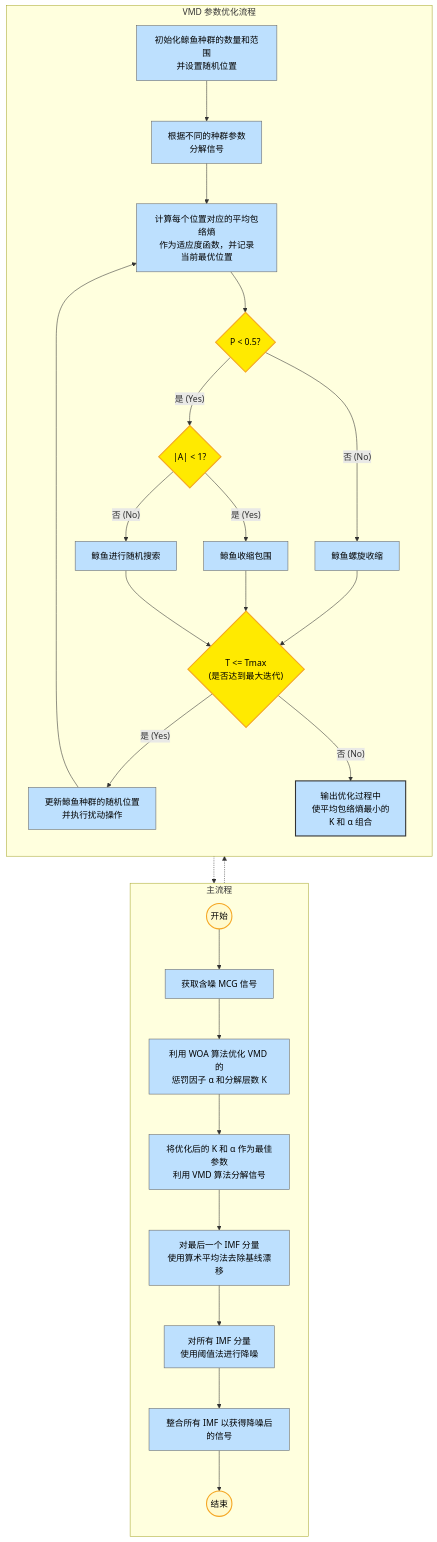
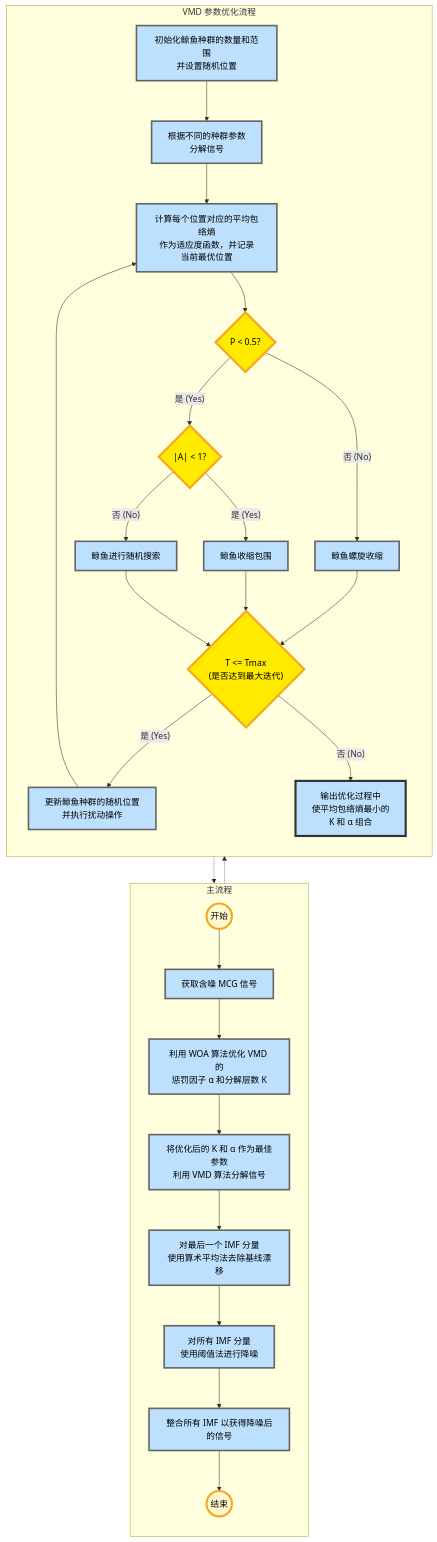
The diagram in README.md (songxinudt/test), drawn with Mermaid before and after one commit.

Commit message:
Update Mermaid diagram styles in README.md

````diff
--- a/README.md
+++ b/README.md
@@ -1,76 +1,76 @@
 ```mermaid
 graph TD
     %% 定义样式
-    classDef process fill:#bde0fe,stroke:#666,stroke-width:1px,color:black;
-    classDef decision fill:#ffea00,stroke:#f5a623,stroke-width:2px,color:black;
-    classDef startend fill:#fffacd,stroke:#f5a623,stroke-width:2px,color:black;
-    classDef output fill:#bde0fe,stroke:#333,stroke-width:2px,color:black;
+    classDef process fill:#bde0fe,stroke:#666,stroke-width:3px,color:black;
+    classDef decision fill:#ffea00,stroke:#f5a623,stroke-width:4px,color:black;
+    classDef startend fill:#fffacd,stroke:#f5a623,stroke-width:4px,color:black;
+    classDef output fill:#bde0fe,stroke:#333,stroke-width:4px,color:black;
 
     %% --- 右侧主流程 ---
     subgraph MainFlow [主流程]
         direction TB
         Start((开始)):::startend
         Acquire[获取含噪 MCG 信号]:::process
         
         %% 这里对应左侧的优化过程
         Optimize[利用 WOA 算法优化 VMD 的<br/>惩罚因子 α 和分解层数 K]:::process
         
         UseParams[将优化后的 K 和 α 作为最佳参数<br/>利用 VMD 算法分解信号]:::process
         RemoveBaseline[对最后一个 IMF 分量<br/>使用算术平均法去除基线漂移]:::process
         Threshold[对所有 IMF 分量<br/>使用阈值法进行降噪]:::process
         Integrate[整合所有 IMF 以获得降噪后的信号]:::process
         End((结束)):::startend
 
         Start --> Acquire
         Acquire --> Optimize
         Optimize --> UseParams
         UseParams --> RemoveBaseline
         RemoveBaseline --> Threshold
         Threshold --> Integrate
         Integrate --> End
     end
 
     %% --- 左侧 VMD 参数优化流程 ---
     subgraph Optimization [VMD 参数优化流程]
         direction TB
         Opt_Init[初始化鲸鱼种群的数量和范围<br/>并设置随机位置]:::process
         Opt_Decomp[根据不同的种群参数<br/>分解信号]:::process
         Opt_Fitness[计算每个位置对应的平均包络熵<br/>作为适应度函数，并记录<br/>当前最优位置]:::process
         
         %% 修复点：必须加双引号
         Dec_P{"P < 0.5?"}:::decision
         Dec_A{"|A| < 1?"}:::decision
         
         Action_Spiral[鲸鱼螺旋收缩]:::process
         Action_Shrink[鲸鱼收缩包围]:::process
         Action_Random[鲸鱼进行随机搜索]:::process
         
         Dec_T{"T <= Tmax<br/>(是否达到最大迭代)"}:::decision
         
         Action_Update[更新鲸鱼种群的随机位置<br/>并执行扰动操作]:::process
         Opt_Output[输出优化过程中<br/>使平均包络熵最小的<br/>K 和 α 组合]:::output
 
         Opt_Init --> Opt_Decomp
         Opt_Decomp --> Opt_Fitness
         Opt_Fitness --> Dec_P
         
         Dec_P -- 否 (No) --> Action_Spiral
         Dec_P -- 是 (Yes) --> Dec_A
         
         Dec_A -- 是 (Yes) --> Action_Shrink
         Dec_A -- 否 (No) --> Action_Random
         
         Action_Spiral --> Dec_T
         Action_Shrink --> Dec_T
         Action_Random --> Dec_T
         
         Dec_T -- 是 (Yes) --> Action_Update
         Action_Update --> Opt_Fitness
         
         Dec_T -- 否 (No) --> Opt_Output
     end
 
     %% 连接两个子图的逻辑关系
     Optimize -.-> Opt_Init
     Opt_Output -.-> Optimize
 ```
````
